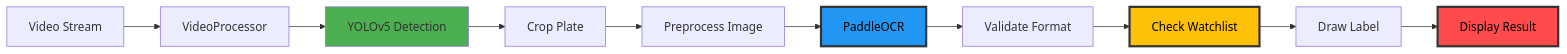
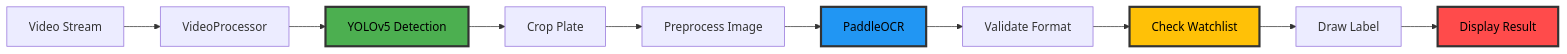
One commit to baloglu321/plate_rec changed the second of 3 diagrams in README.md. Above: the diagram before and after it, drawn with Mermaid.

````diff
--- a/README.md
+++ b/README.md
@@ -337,17 +337,17 @@
 ```mermaid
 flowchart LR
     A[Video Stream] --> B[VideoProcessor]
     B --> C[YOLOv5 Detection]
     C --> D[Crop Plate]
     D --> E[Preprocess Image]
     E --> F[PaddleOCR]
     F --> G[Validate Format]
     G --> H[Check Watchlist]
     H --> I[Draw Label]
     I --> J[Display Result]
     
-    style C fill:#4CAF50
+    style C fill:#4CAF50,stroke:#333,stroke-width:3px,color:#000
     style F fill:#2196F3,stroke:#333,stroke-width:3px,color:#000
     style H fill:#FFC107,stroke:#333,stroke-width:3px,color:#000
     style J fill:#FF4B4B,stroke:#333,stroke-width:3px,color:#000
 ```
````
